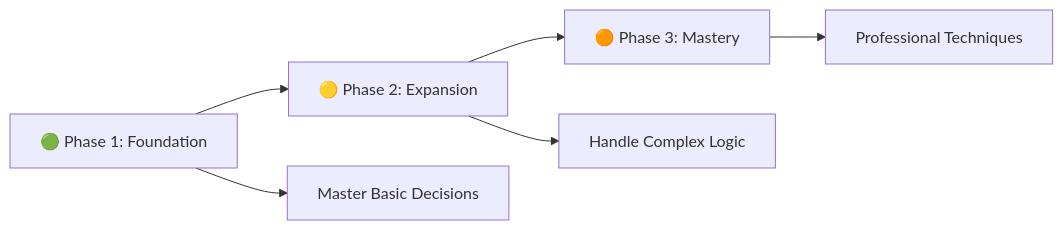
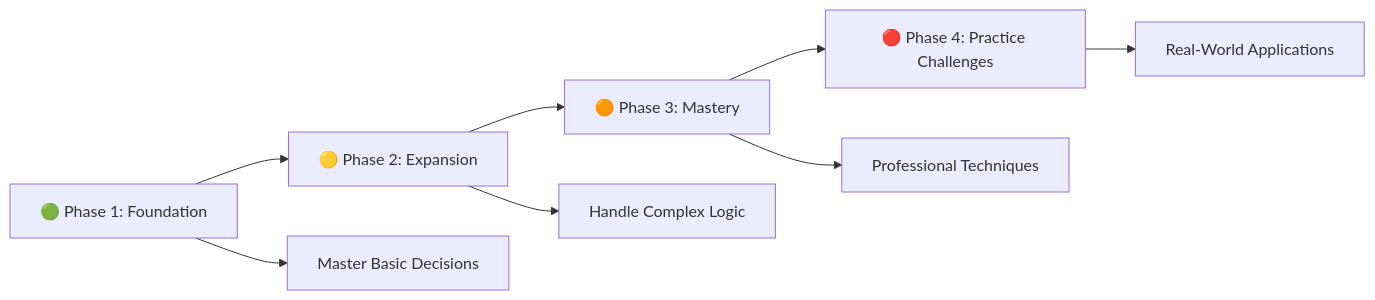
One commit to RohitSoni906068/CGenesis changed the diagram in 03_If-Else/README.md. Above: the diagram before and after it, drawn with Mermaid. The commit also changed other lines of this file, not shown here.

````diff
--- a/03_If-Else/README.md
+++ b/03_If-Else/README.md
@@ -123,8 +177,10 @@
 ```mermaid
 graph LR
     A[🟢 Phase 1: Foundation] --> B[🟡 Phase 2: Expansion]
     B --> C[🟠 Phase 3: Mastery]
-    A --> D[Master Basic Decisions]
-    B --> E[Handle Complex Logic]
-    C --> F[Professional Techniques]
+    C --> D[🔴 Phase 4: Practice Challenges]
+    A --> E[Master Basic Decisions]
+    B --> F[Handle Complex Logic]
+    C --> G[Professional Techniques]
+    D --> H[Real-World Applications]
 ```
````
